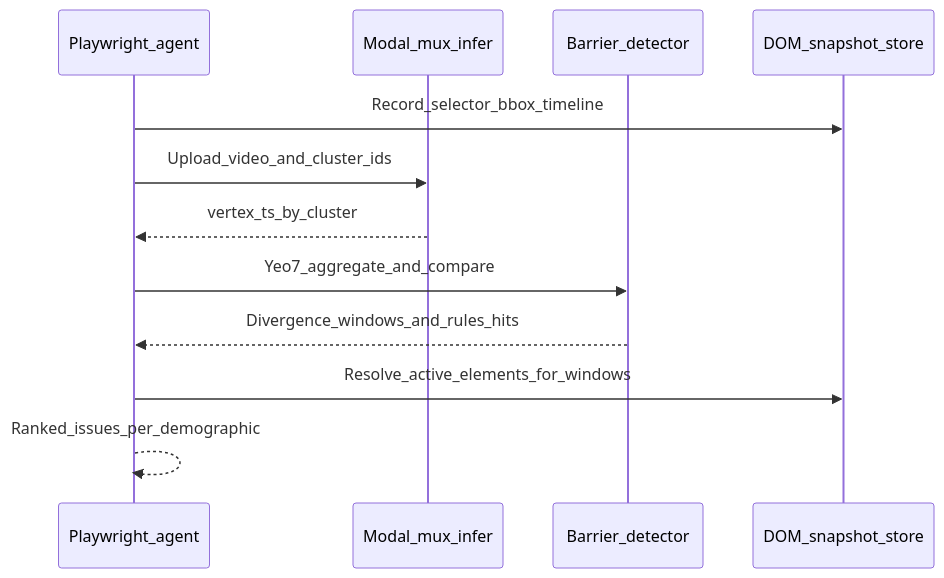
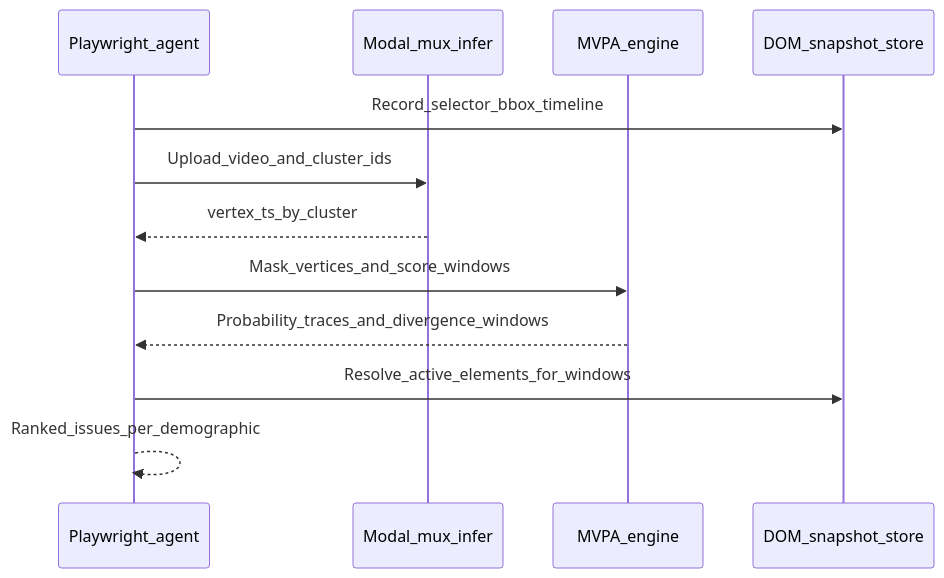
The second of 2 diagrams in NEURAL_UX_SCOUT_IMPLEMENTATION_PLAN.md (hnaracodes/Salience), drawn with Mermaid before and after one commit. The commit also changed other lines of this file and 4 other files, not shown here.

````diff
--- a/NEURAL_UX_SCOUT_IMPLEMENTATION_PLAN.md
+++ b/NEURAL_UX_SCOUT_IMPLEMENTATION_PLAN.md
@@ -175,15 +153,15 @@
 ```mermaid
 sequenceDiagram
   participant Agent as Playwright_agent
   participant MUX as Modal_mux_infer
-  participant EVT as Barrier_detector
+  participant MVPA as MVPA_engine
   participant DOM as DOM_snapshot_store
 
   Agent->>DOM: Record_selector_bbox_timeline
   Agent->>MUX: Upload_video_and_cluster_ids
   MUX-->>Agent: vertex_ts_by_cluster
-  Agent->>EVT: Yeo7_aggregate_and_compare
-  EVT-->>Agent: Divergence_windows_and_rules_hits
+  Agent->>MVPA: Mask_vertices_and_score_windows
+  MVPA-->>Agent: Probability_traces_and_divergence_windows
   Agent->>DOM: Resolve_active_elements_for_windows
   Agent-->>Agent: Ranked_issues_per_demographic
 ```
````
